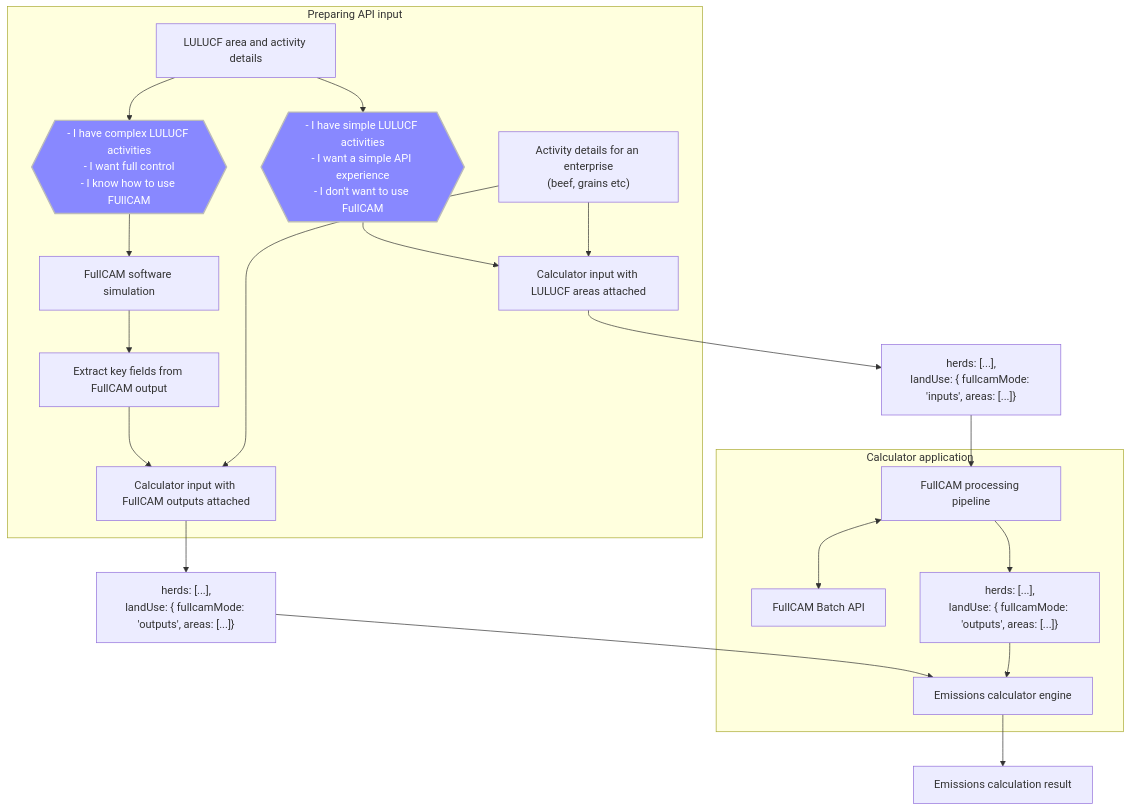
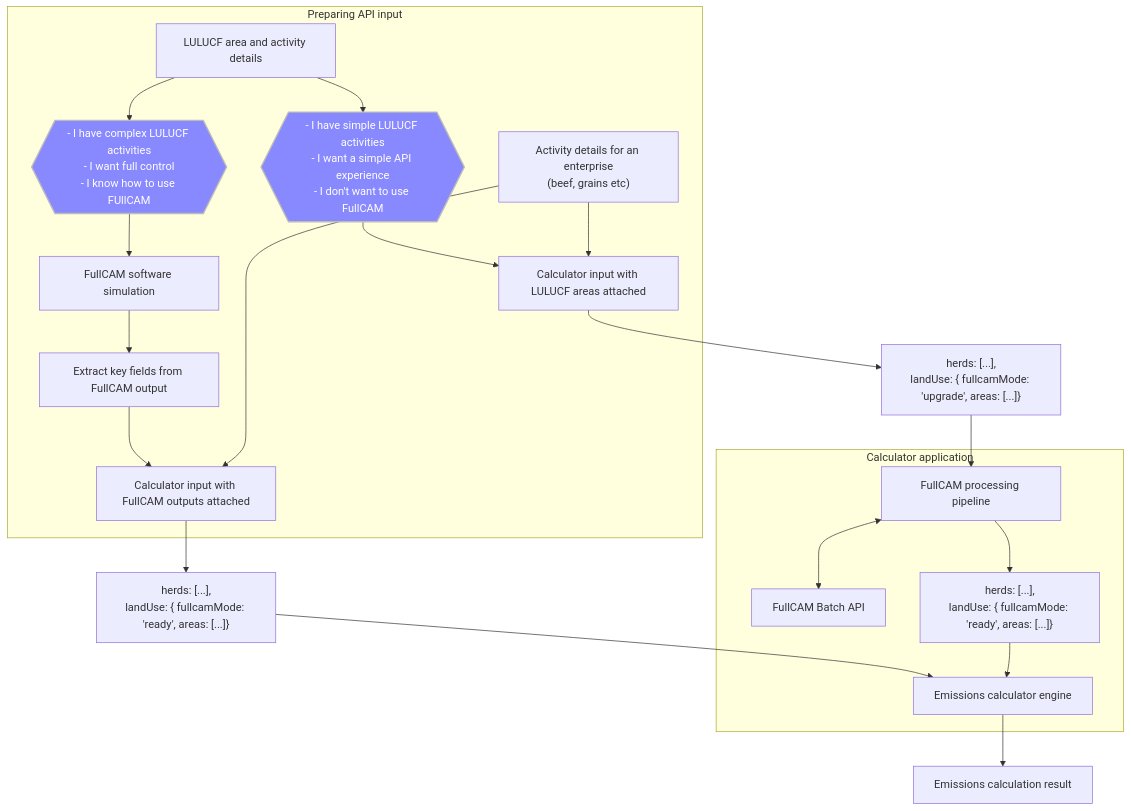
One commit to aginnovationaustralia/emissions-calculators changed the diagram in packages/calculators/src/fullcam/README.md. Above: the diagram before and after it, drawn with Mermaid. The commit also changed other lines of this file and 9 other files, not shown here.

````diff
--- a/packages/calculators/src/fullcam/README.md
+++ b/packages/calculators/src/fullcam/README.md
@@ -114,57 +118,57 @@
 ```mermaid
 
 flowchart TD;
 lulucfData["`LULUCF area and activity details`"]
 fullcamScenario{{"`- I have complex LULUCF activities
 - I want full control
 - I know how to use FUllCAM`"}}
 apiScenario{{"`- I have simple LULUCF activities
 - I want a simple API experience
 - I don't want to use FullCAM`"}}
 calculatorInput["`
 Activity details for an enterprise
 (beef, grains etc)`"]
 calculatorInputPlusFullcamInputs[Calculator input with LULUCF areas attached]
 calculatorInputPlusFullcamOutputs[Calculator input with FullCAM outputs attached]
 fullcamModeOutputsJSON["`herds: [...],
-landUse: { fullcamMode: 'outputs', areas: [...]}`"]
+landUse: { fullcamMode: 'ready', areas: [...]}`"]
 fullcamModeInputsJSON["`herds: [...],
-landUse: { fullcamMode: 'inputs', areas: [...]}`"]
+landUse: { fullcamMode: 'upgrade', areas: [...]}`"]
 fullcam[FullCAM software simulation]
 fullcamOutputElements[Extract key fields from FullCAM output]
 subgraph Preparing API input
 lulucfData --> apiScenario
 lulucfData --> fullcamScenario
 fullcamScenario --> fullcam
 apiScenario --> calculatorInputPlusFullcamInputs
 fullcam --> fullcamOutputElements
 fullcamOutputElements --> calculatorInputPlusFullcamOutputs
 calculatorInput --> calculatorInputPlusFullcamOutputs
 calculatorInput --> calculatorInputPlusFullcamInputs
 end
 
 calculatorInputPlusFullcamInputs --> fullcamModeInputsJSON
 fullcamModeInputsJSON --> fullcamPipeline
 calculatorInputPlusFullcamOutputs --> fullcamModeOutputsJSON
 fullcamModeOutputsJSON --> emissionsCalculatorEngine
 
 emissionsCalculatorEngine[Emissions calculator engine]
 fullcamApi[FullCAM Batch API]
 fullcamPipeline[FullCAM processing pipeline]
 emissionsOutput[Emissions calculation result]
 
 subgraph Calculator application
 fullcamPipeline <--> fullcamApi
 fullcamPipeline --> fullcamModeOutputsJSON2
 fullcamModeOutputsJSON2["`herds: [...],
-landUse: { fullcamMode: 'outputs', areas: [...]}`"]
+landUse: { fullcamMode: 'ready', areas: [...]}`"]
 fullcamModeOutputsJSON2 --> emissionsCalculatorEngine
 
 end
 
 emissionsCalculatorEngine --> emissionsOutput
 
 style fullcamScenario fill:#88f,stroke:#bbb,stroke-width:2px,color:#fff
 style apiScenario fill:#88f,stroke:#bbb,stroke-width:2px,color:#fff
 
 ```
````
